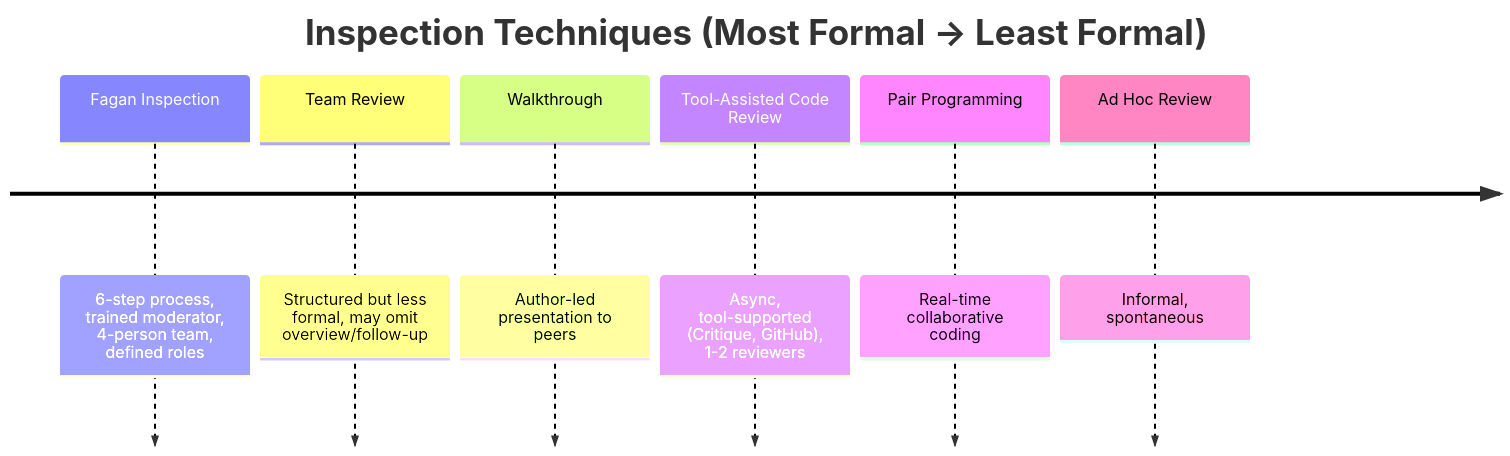
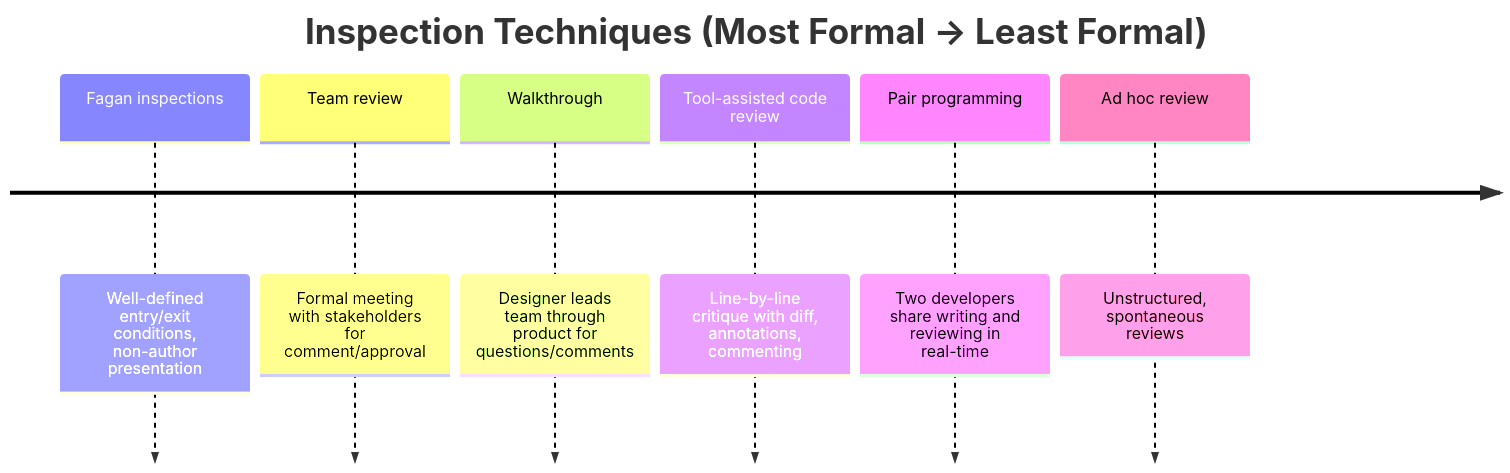
Before and after one commit to 3llimi/sqrbok.github.io: the diagram in content/verif/inspection/index.md, drawn with Mermaid. The commit also changed other lines of this file and 2 other files, not shown here.

````diff
--- a/content/verif/inspection/index.md
+++ b/content/verif/inspection/index.md
@@ -40,10 +42,10 @@
 ```mermaid
 timeline
     title Inspection Techniques (Most Formal → Least Formal)
-    Fagan Inspection: 6-step process, trained moderator, 4-person team, defined roles
-    Team Review: Structured but less formal, may omit overview/follow-up
-    Walkthrough: Author-led presentation to peers
-    Tool-Assisted Code Review: Async, tool-supported (Critique, GitHub), 1-2 reviewers
-    Pair Programming: Real-time collaborative coding
-    Ad Hoc Review: Informal, spontaneous
+    Fagan inspections: Well-defined entry/exit conditions, non-author presentation
+    Team review: Formal meeting with stakeholders for comment/approval
+    Walkthrough: Designer leads team through product for questions/comments
+    Tool-assisted code review: Line-by-line critique with diff, annotations, commenting
+    Pair programming: Two developers share writing and reviewing in real-time
+    Ad hoc review: Unstructured, spontaneous reviews
 ```
````
